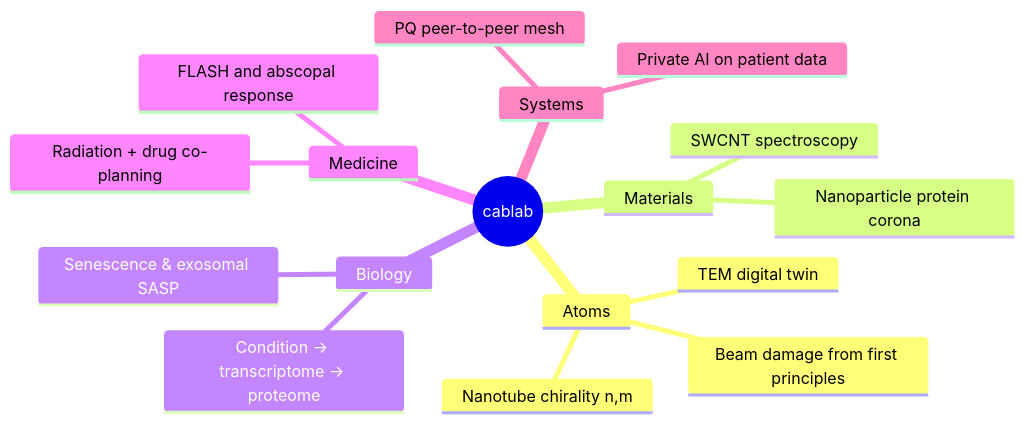
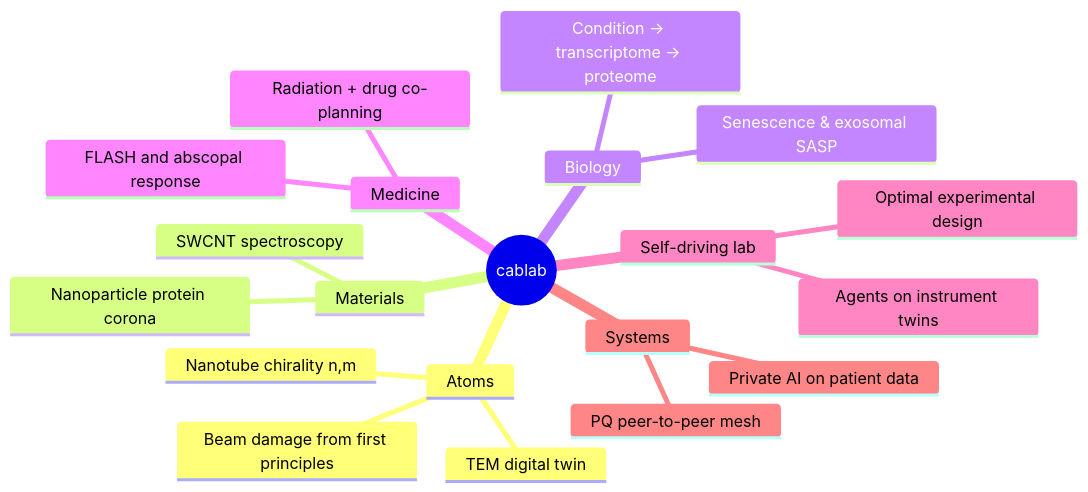
The first of 2 diagrams in README.md (cab-ucf/cab-ucf), drawn with Mermaid before and after one commit. The commit also changed other lines of this file and 3 other files, not shown here.

First line of the commit message:
Official lab logo, terser principles, self-driving lab section

````diff
--- a/README.md
+++ b/README.md
@@ -28,20 +36,23 @@
 ```mermaid
 mindmap
   root((cablab))
     Atoms
       TEM digital twin
       Beam damage from first principles
       Nanotube chirality n,m
     Materials
       SWCNT spectroscopy
       Nanoparticle protein corona
     Biology
       Senescence & exosomal SASP
       Condition → transcriptome → proteome
     Medicine
       Radiation + drug co-planning
       FLASH and abscopal response
+    Self-driving lab
+      Agents on instrument twins
+      Optimal experimental design
     Systems
       PQ peer-to-peer mesh
       Private AI on patient data
 ```
````
